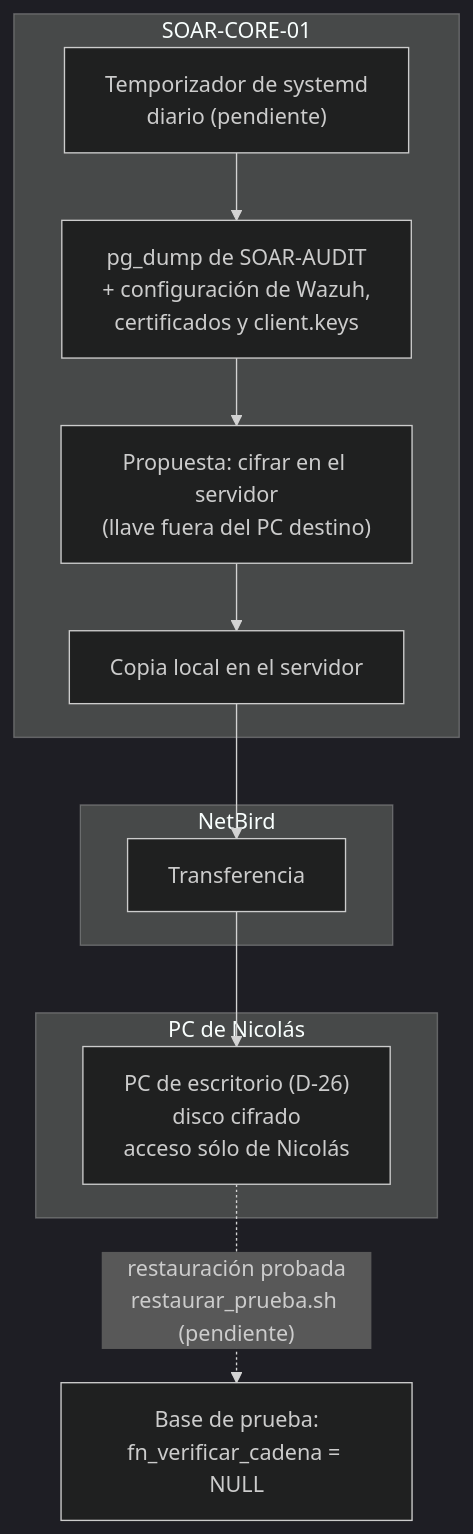
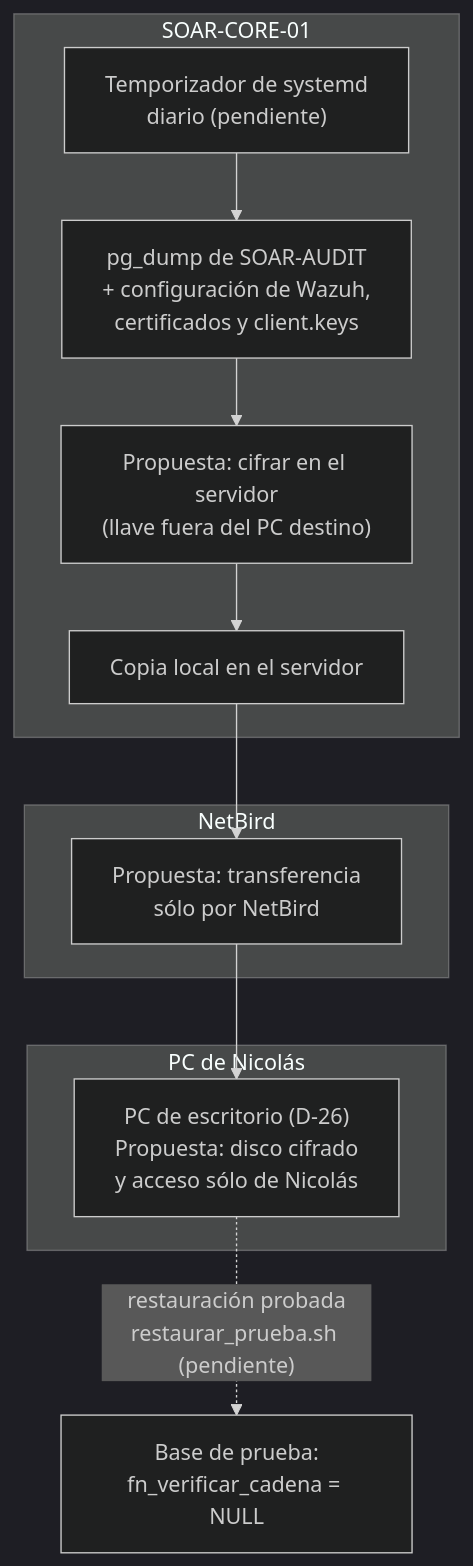
One commit to soaria186/kronos-ai changed the diagram in docs/diagramas/19_respaldo.mmd. Above: the diagram before and after it, drawn with Mermaid (dark theme). The commit also changed 31 other files, not shown here.

```diff
--- a/docs/diagramas/19_respaldo.mmd
+++ b/docs/diagramas/19_respaldo.mmd
@@ -1,14 +1,14 @@
 flowchart TB
     subgraph CORE["SOAR-CORE-01"]
         T["Temporizador de systemd<br/>diario (pendiente)"] --> D["pg_dump de SOAR-AUDIT<br/>+ configuración de Wazuh,<br/>certificados y client.keys"]
         D --> C["Propuesta: cifrar en el servidor<br/>(llave fuera del PC destino)"]
         C --> L["Copia local en el servidor"]
     end
     subgraph NB["NetBird"]
-        X["Transferencia"]
+        X["Propuesta: transferencia<br/>sólo por NetBird"]
     end
     subgraph PCN["PC de Nicolás"]
-        DC["PC de escritorio (D-26)<br/>disco cifrado<br/>acceso sólo de Nicolás"]
+        DC["PC de escritorio (D-26)<br/>Propuesta: disco cifrado<br/>y acceso sólo de Nicolás"]
     end
     L --> X --> DC
     DC -. "restauración probada<br/>restaurar_prueba.sh (pendiente)" .-> V["Base de prueba:<br/>fn_verificar_cadena = NULL"]
```
